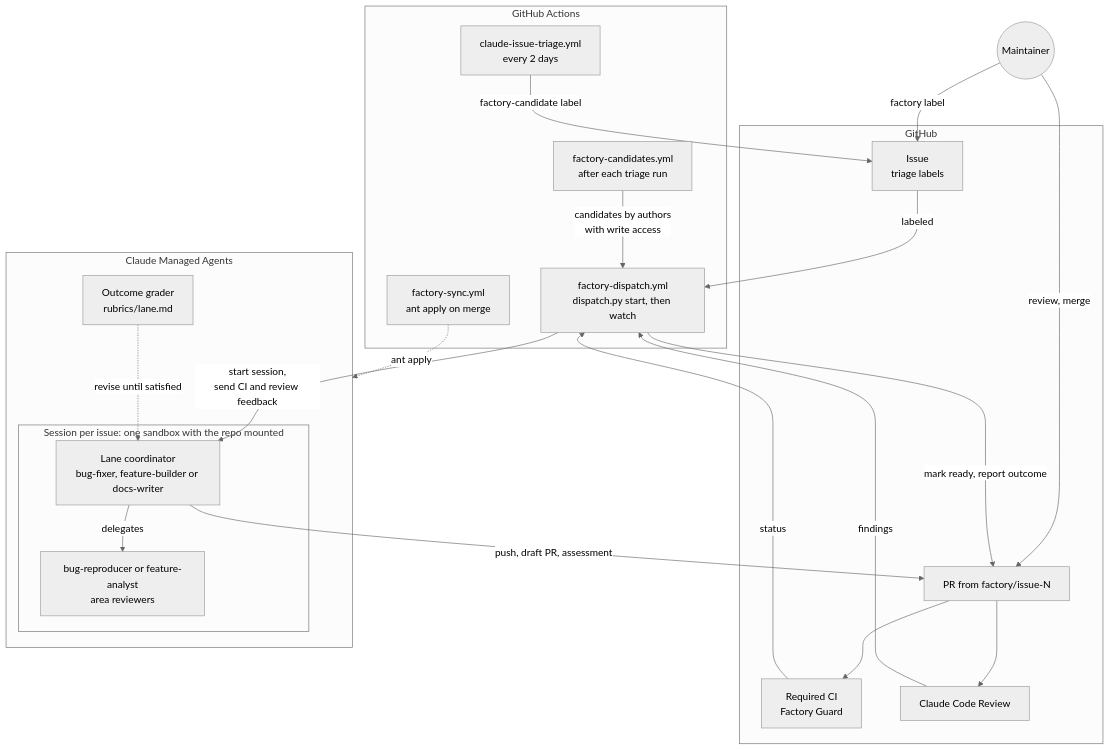
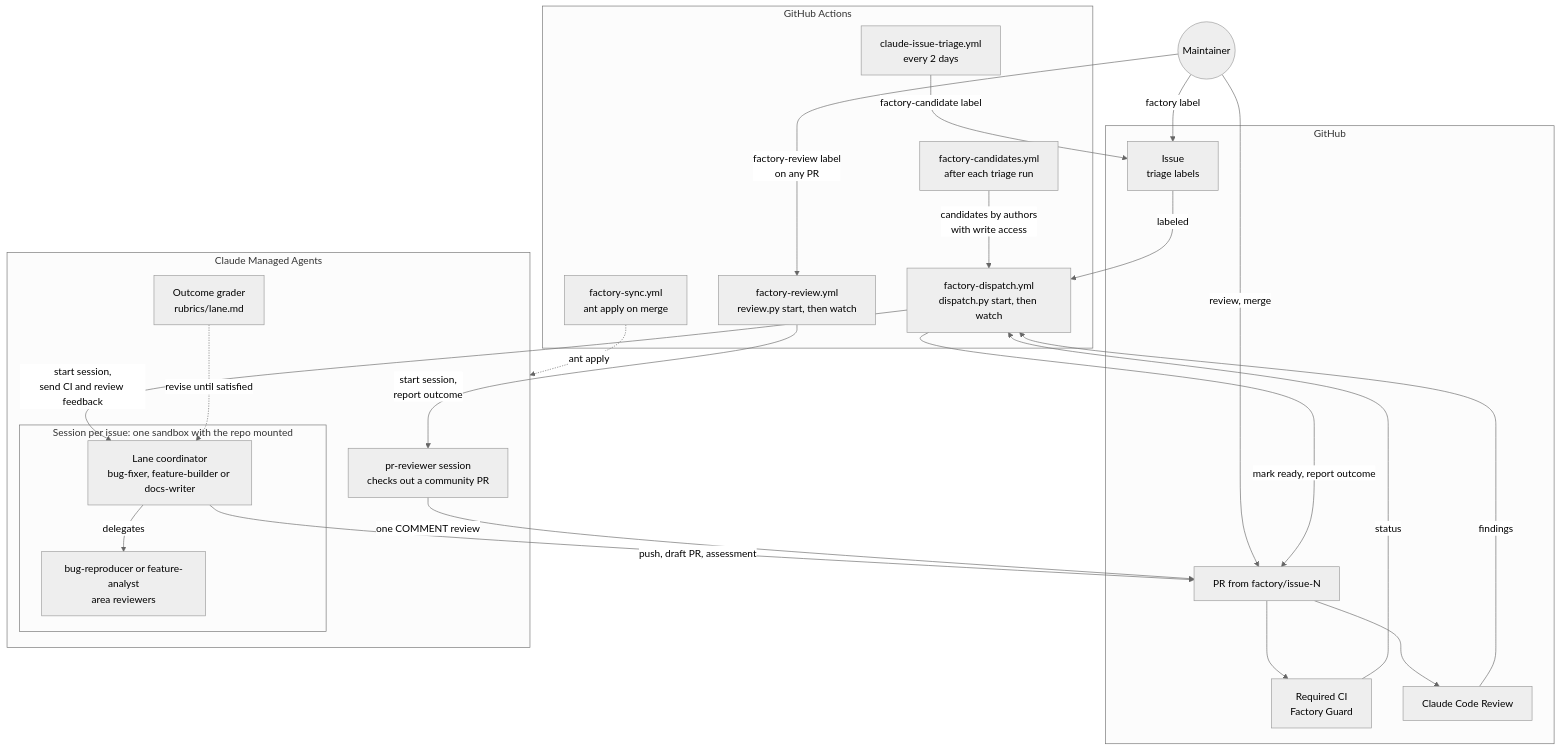
Before and after one commit to Arize-ai/phoenix: the first of 4 diagrams in factory/README.md, drawn with Mermaid (neutral theme). The commit also changed other lines of this file and 4 other files, not shown here.

First line of the commit message:
feat(factory): review a pull request on demand with the pr-reviewer lane (#17235)

````diff
--- a/factory/README.md
+++ b/factory/README.md
@@ -9,42 +9,47 @@
 ```mermaid
 flowchart TB
   maintainer(("Maintainer"))
 
   subgraph github["GitHub"]
     issue["Issue<br/>triage labels"]
     pr["PR from factory/issue-N"]
     checks["Required CI<br/>Factory Guard"]
     review["Claude Code Review"]
   end
 
   subgraph actions["GitHub Actions"]
     triage["claude-issue-triage.yml<br/>every 2 days"]
     candidates["factory-candidates.yml<br/>after each triage run"]
     dispatch["factory-dispatch.yml<br/>dispatch.py start, then watch"]
+    prreview["factory-review.yml<br/>review.py start, then watch"]
     sync["factory-sync.yml<br/>ant apply on merge"]
   end
 
   subgraph agents["Claude Managed Agents"]
     subgraph session["Session per issue: one sandbox with the repo mounted"]
       coordinator["Lane coordinator<br/>bug-fixer, feature-builder or docs-writer"]
       subagents["bug-reproducer or feature-analyst<br/>area reviewers"]
     end
+    reviewer["pr-reviewer session<br/>checks out a community PR"]
     grader["Outcome grader<br/>rubrics/lane.md"]
   end
 
   maintainer -->|"factory label"| issue
   maintainer -->|"review, merge"| pr
+  maintainer -->|"factory-review label<br/>on any PR"| prreview
+  prreview -->|"start session,<br/>report outcome"| reviewer
+  reviewer -->|"one COMMENT review"| pr
   triage -->|"factory-candidate label"| issue
   candidates -->|"candidates by authors<br/>with write access"| dispatch
   issue -->|"labeled"| dispatch
   dispatch -->|"start session,<br/>send CI and review feedback"| coordinator
   coordinator -->|"delegates"| subagents
   grader -.->|"revise until satisfied"| coordinator
   coordinator -->|"push, draft PR, assessment"| pr
   pr --> checks
   pr --> review
   checks -->|"status"| dispatch
   review -->|"findings"| dispatch
   dispatch -->|"mark ready, report outcome"| pr
   sync -.->|"ant apply"| agents
 ```
````
